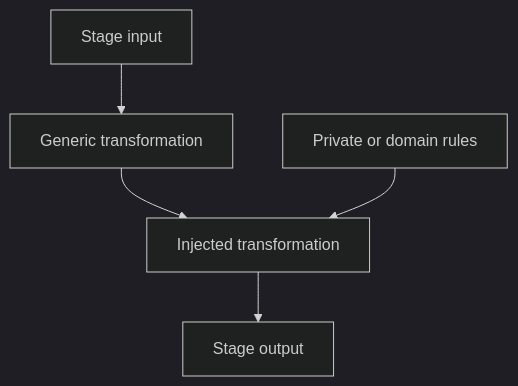
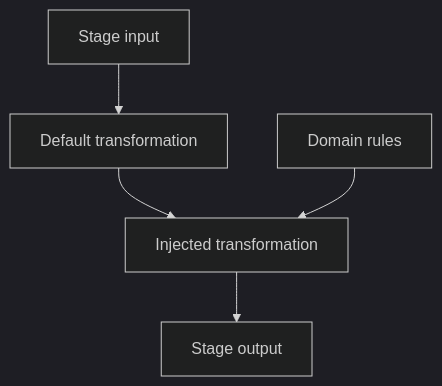
The third of 7 diagrams in docs/flowdigger-deterministic-knowledge-derivation.md (flowdigger/flowdigger.github.io), drawn with Mermaid (dark theme) before and after one commit. The commit also changed other lines of this file and 4 other files, not shown here.

````diff
--- a/docs/flowdigger-deterministic-knowledge-derivation.md
+++ b/docs/flowdigger-deterministic-knowledge-derivation.md
@@ -114,7 +130,7 @@
 ```mermaid
 flowchart TD
-    I[Stage input] --> G[Generic transformation]
+    I[Stage input] --> G[Default transformation]
     G --> X[Injected transformation]
+    R[Domain rules] --> X
     X --> O[Stage output]
-    P[Private or domain rules] --> X
 ```
````
